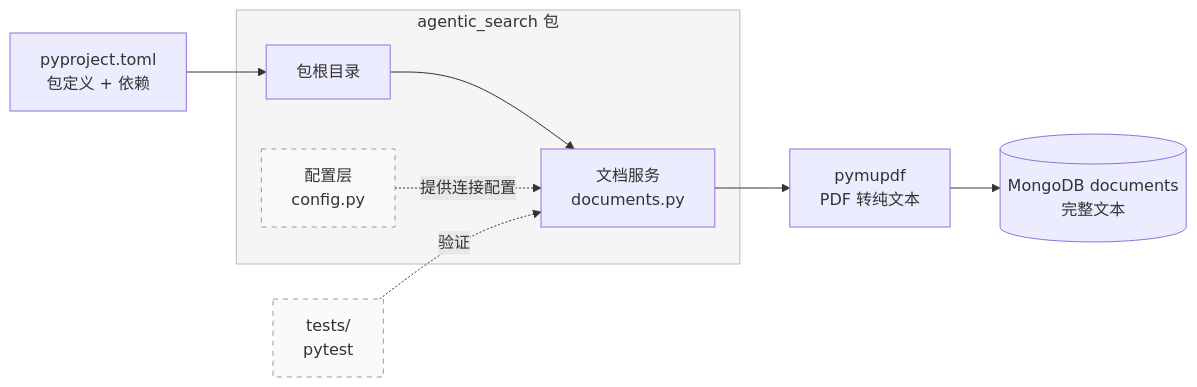
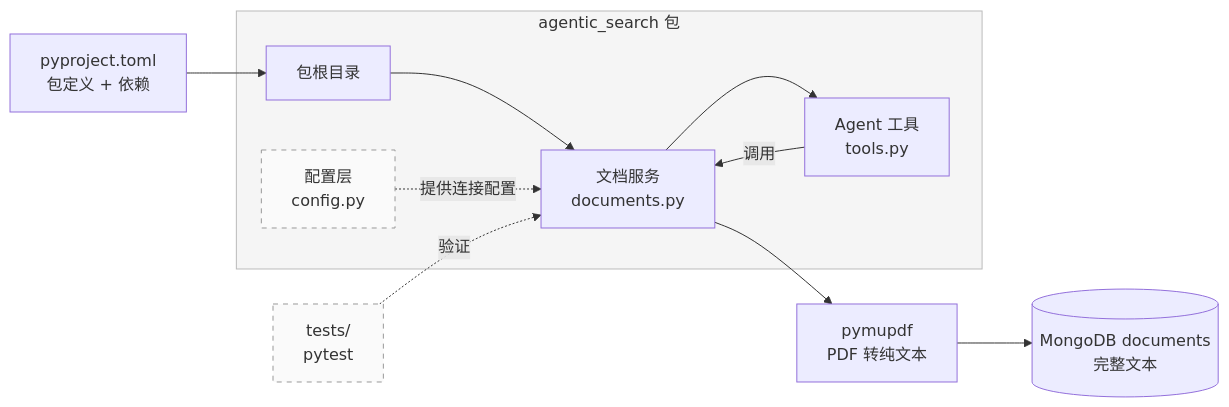
Before and after one commit to 00-DS/Agentic-Search: the diagram in 任务文档/01-Python文档工具.md, drawn with Mermaid. The commit also changed other lines of this file, not shown here.

Commit message:
docs(01): 加入论文导航工具集（agents/tools.py 四工具），平衡 01/02 内容量

````diff
--- a/任务文档/01-Python文档工具.md
+++ b/任务文档/01-Python文档工具.md
@@ -95,17 +100,20 @@
 ```mermaid
 graph LR
     Pyproject["pyproject.toml<br/>包定义 + 依赖"] --> Pkg
     subgraph Box["agentic_search 包"]
         Pkg["包根目录"]
         Services["文档服务<br/>documents.py"]
+        Tools["Agent 工具<br/>tools.py"]
         Core["配置层<br/>config.py"]
     end
     Pkg --> Services
+    Services --> Tools
+    Tools -->|"调用"| Services
     Services --> Pymupdf["pymupdf<br/>PDF 转纯文本"]
     Pymupdf --> Docs[("MongoDB documents<br/>完整文本")]
     Core -.->|"提供连接配置"| Services
     Tests["tests/<br/>pytest"] -.->|"验证"| Services
     classDef aux fill:#fafafa,stroke:#999,stroke-dasharray: 5 5
     class Core,Tests aux
     style Box fill:#f5f5f5,stroke:#bbb
 ```
````
